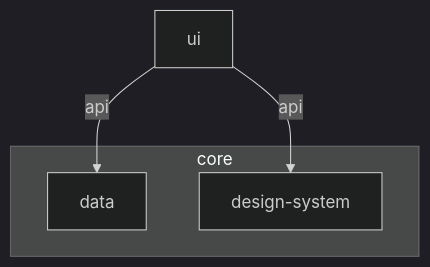
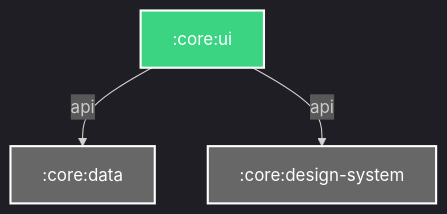
One commit to Dussim/cv-app changed the diagram in core/ui/README.md. Above: the diagram before and after it, drawn with Mermaid. The commit also changed 34 other files, not shown here.

````diff
--- a/core/ui/README.md
+++ b/core/ui/README.md
@@ -3,15 +3,18 @@
 ```mermaid
 %%{
   init: {
     'theme': 'dark'
   }
 }%%
 
 graph TB
-  subgraph core
-    data
-    design-system
-  end
-  ui -- api --> data
-  ui -- api --> design-system
+  :core:ui -- api --> :core:data
+  :core:ui -- api --> :core:design-system
+
+classDef android-library fill:#3BD482,stroke:#fff,stroke-width:2px,color:#fff;
+classDef unknown fill:#676767,stroke:#fff,stroke-width:2px,color:#fff;
+class :core:ui android-library
+class :core:data unknown
+class :core:design-system unknown
+
 ```
````
